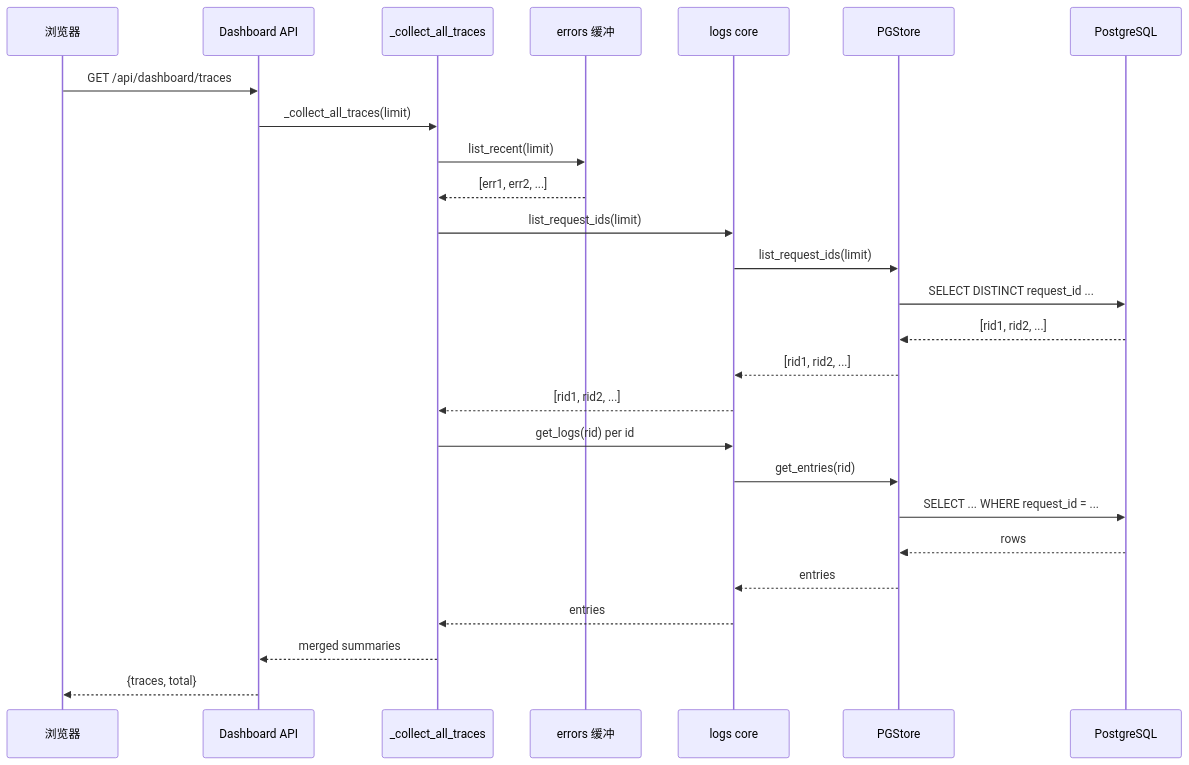
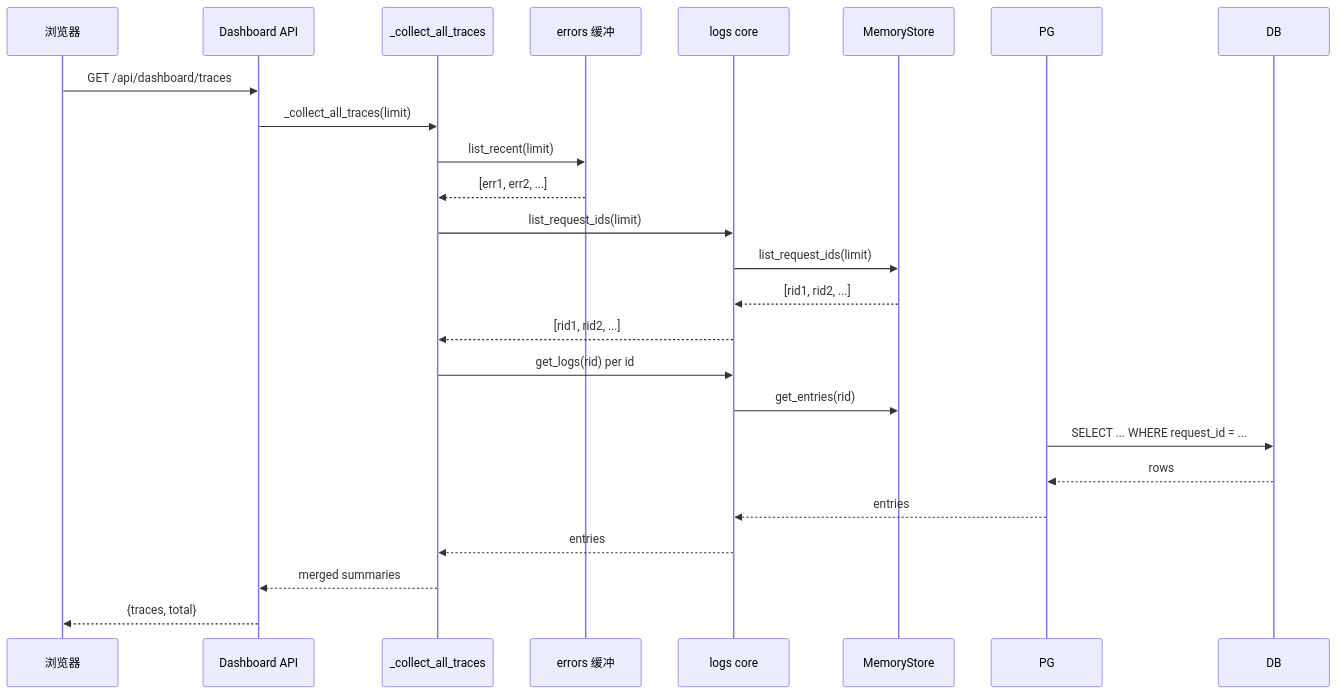
One commit to lujoai/Lujo-MCP changed the seventh of 11 diagrams in docs/public/DESIGN.md. Above: the diagram before and after it, drawn with Mermaid. The commit also changed other lines of this file and 16 other files, not shown here.

Commit message:
docs(storage): close PostgreSQL removal documentation

````diff
--- a/docs/public/DESIGN.md
+++ b/docs/public/DESIGN.md
@@ -751,29 +728,26 @@
 ```mermaid
 sequenceDiagram
     participant Browser as 浏览器
     participant DASH as Dashboard API
     participant Collect as _collect_all_traces
     participant Errors as errors 缓冲
     participant Logs as logs core
-    participant PG as PGStore
-    participant DB as PostgreSQL
+    participant MEM as MemoryStore
 
     Browser->>DASH: GET /api/dashboard/traces
     DASH->>Collect: _collect_all_traces(limit)
     Collect->>Errors: list_recent(limit)
     Errors-->>Collect: [err1, err2, ...]
     Collect->>Logs: list_request_ids(limit)
-    Logs->>PG: list_request_ids(limit)
-    PG->>DB: SELECT DISTINCT request_id ...
-    DB-->>PG: [rid1, rid2, ...]
-    PG-->>Logs: [rid1, rid2, ...]
+    Logs->>MEM: list_request_ids(limit)
+    MEM-->>Logs: [rid1, rid2, ...]
     Logs-->>Collect: [rid1, rid2, ...]
     Collect->>Logs: get_logs(rid) per id
-    Logs->>PG: get_entries(rid)
+    Logs->>MEM: get_entries(rid)
     PG->>DB: SELECT ... WHERE request_id = ...
     DB-->>PG: rows
     PG-->>Logs: entries
     Logs-->>Collect: entries
     Collect-->>DASH: merged summaries
     DASH-->>Browser: {traces, total}
 ```
````
